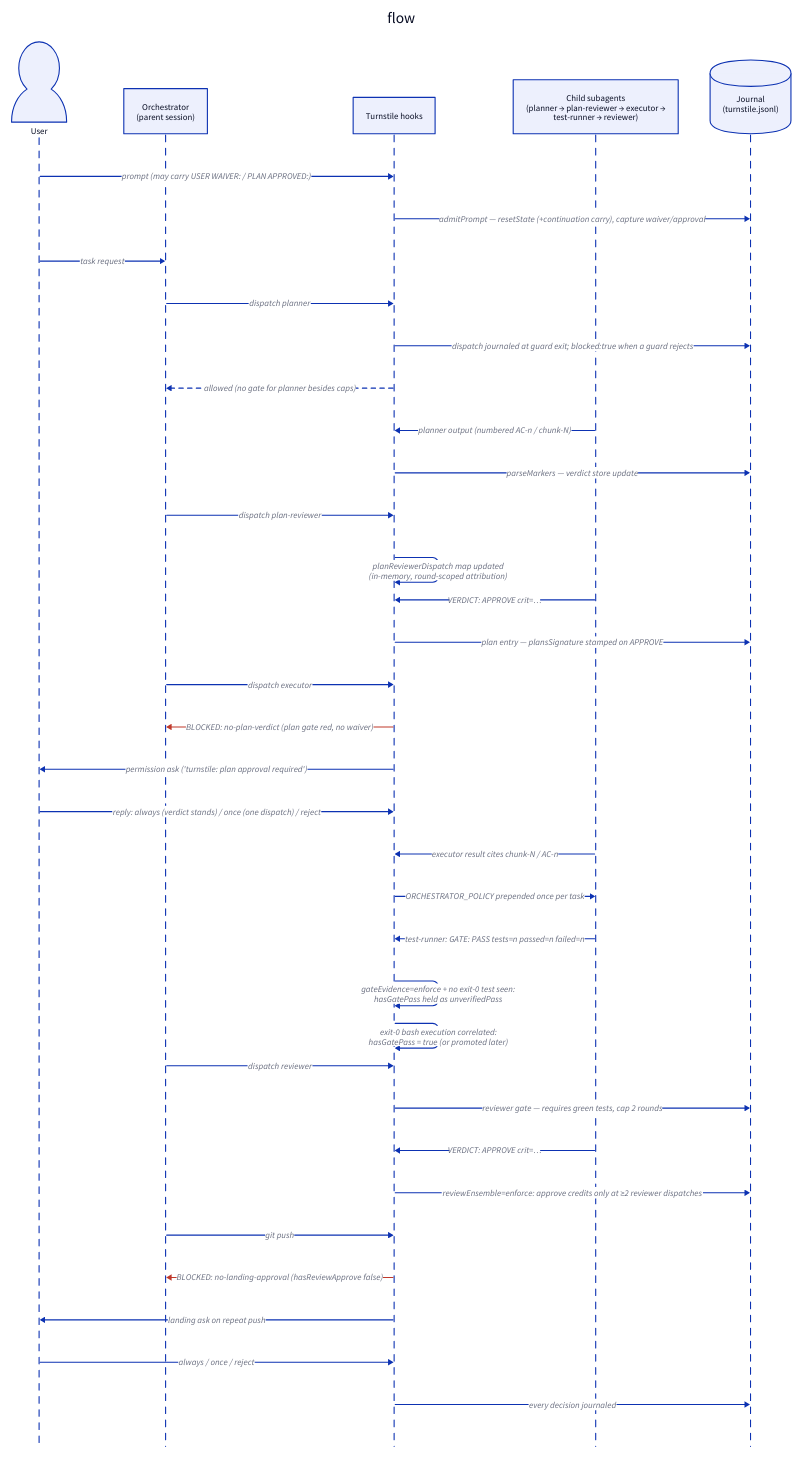
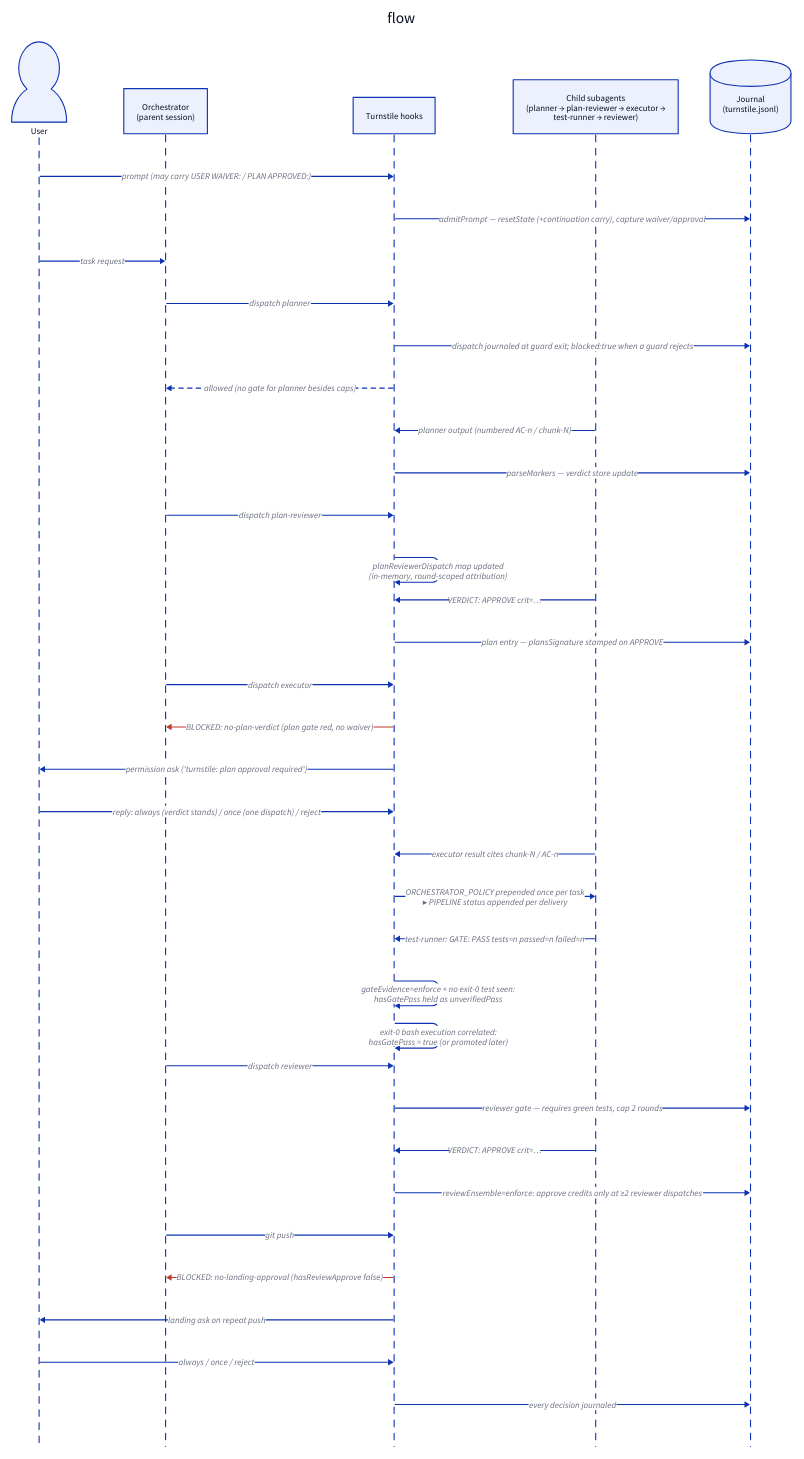
The diagram in docs/diagrams/d03-task-flow.d2 (edseabolt/turnstile), drawn with D2 before and after one commit. The commit also changed 6 other files, not shown here.

First line of the commit message:
docs: contract header + architecture docs for the per-delivery PIPELINE tail

```diff
--- a/docs/diagrams/d03-task-flow.d2
+++ b/docs/diagrams/d03-task-flow.d2
@@ -1,57 +1,57 @@
 flow: {
   shape: sequence_diagram
   user: "User" {
     shape: person
   }
   orch: "Orchestrator\n(parent session)"
   hooks: "Turnstile hooks"
   agents: "Child subagents\n(planner → plan-reviewer → executor →\ntest-runner → reviewer)"
   journal: "Journal\n(turnstile.jsonl)" {
     shape: cylinder
   }
 
   user -> hooks: "prompt (may carry USER WAIVER: / PLAN APPROVED:)"
   hooks -> journal: "admitPrompt — resetState (+continuation carry), capture waiver/approval"
   user -> orch: "task request"
 
   orch -> hooks: "dispatch planner"
   hooks -> journal: "dispatch journaled at guard exit; blocked:true when a guard rejects"
   hooks -> orch: "allowed (no gate for planner besides caps)" {
     style.stroke-dash: 4
   }
   agents -> hooks: "planner output (numbered AC-n / chunk-N)"
   hooks -> journal: "parseMarkers — verdict store update"
 
   orch -> hooks: "dispatch plan-reviewer"
   hooks -> hooks: "planReviewerDispatch map updated\n(in-memory, round-scoped attribution)"
   agents -> hooks: "VERDICT: APPROVE crit=…"
   hooks -> journal: "plan entry — plansSignature stamped on APPROVE"
 
   orch -> hooks: "dispatch executor"
   hooks -> orch: "BLOCKED: no-plan-verdict (plan gate red, no waiver)" {
     style.stroke: "#c0392b"
   }
   hooks -> user: "permission ask ('turnstile: plan approval required')"
   user -> hooks: "reply: always (verdict stands) / once (one dispatch) / reject"
 
   agents -> hooks: "executor result cites chunk-N / AC-n"
-  hooks -> agents: "ORCHESTRATOR_POLICY prepended once per task"
+  hooks -> agents: "ORCHESTRATOR_POLICY prepended once per task\n▸ PIPELINE status appended per delivery"
 
   agents -> hooks: "test-runner: GATE: PASS tests=n passed=n failed=n"
   hooks -> hooks: "gateEvidence=enforce + no exit-0 test seen:\nhasGatePass held as unverifiedPass"
   hooks -> hooks: "exit-0 bash execution correlated:\nhasGatePass = true (or promoted later)"
 
   orch -> hooks: "dispatch reviewer"
   hooks -> journal: "reviewer gate — requires green tests, cap 2 rounds"
   agents -> hooks: "VERDICT: APPROVE crit=…"
   hooks -> journal: "reviewEnsemble=enforce: approve credits only at ≥2 reviewer dispatches"
 
   orch -> hooks: "git push"
   hooks -> orch: "BLOCKED: no-landing-approval (hasReviewApprove false)" {
     style.stroke: "#c0392b"
   }
   hooks -> user: "landing ask on repeat push"
   user -> hooks: "always / once / reject"
 
   hooks -> journal: "every decision journaled"
 }
```
